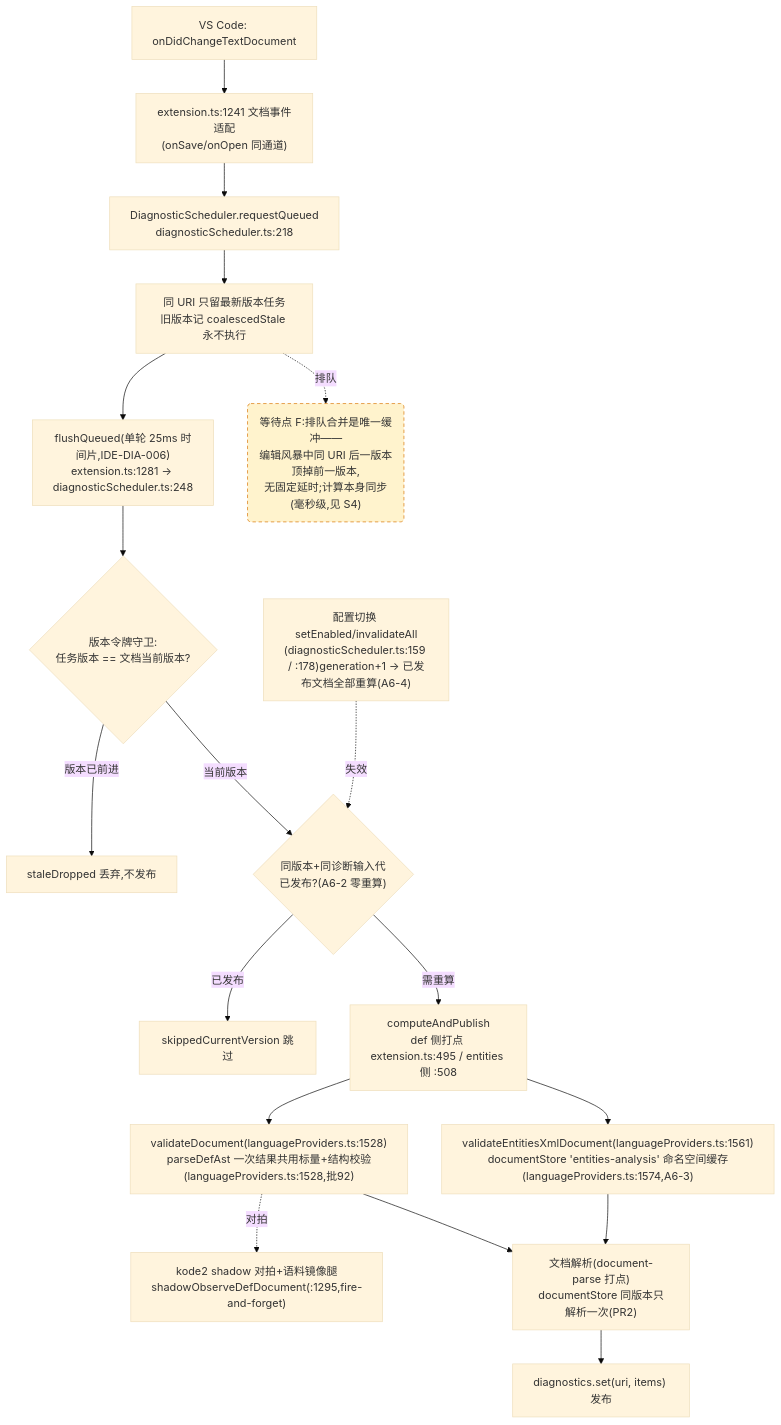
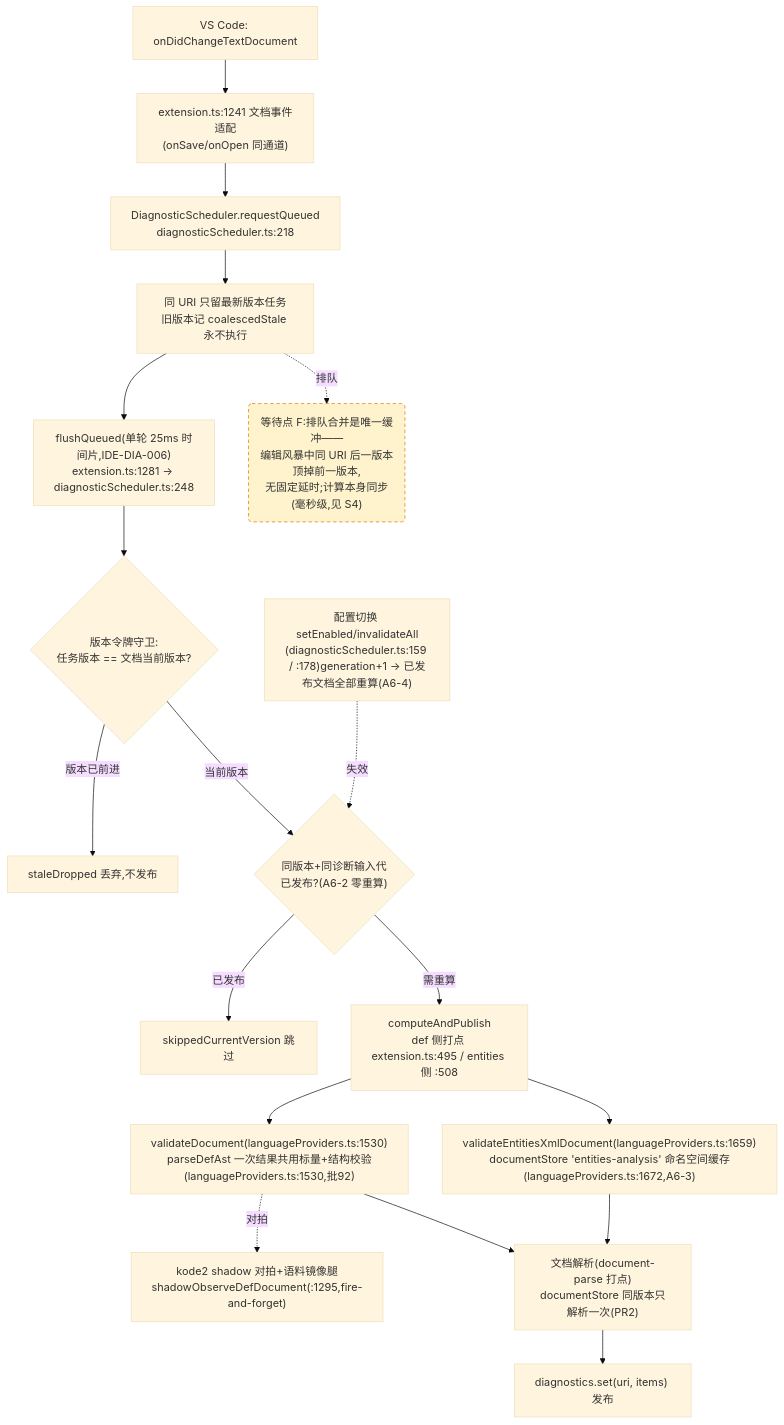
Before and after one commit to cuihairu/kode: the fourth of 4 diagrams in docs/perf/2026-baseline.md, drawn with Mermaid (base theme). The commit also changed other lines of this file and 4 other files, not shown here.

````diff
--- a/docs/perf/2026-baseline.md
+++ b/docs/perf/2026-baseline.md
@@ -214,38 +214,38 @@
 ```mermaid
 flowchart TD
   CHG["VS Code: onDidChangeTextDocument"]
   WATCH["extension.ts:1241 文档事件适配<br/>(onSave/onOpen 同通道)"]
   RQ["DiagnosticScheduler.requestQueued<br/>diagnosticScheduler.ts:218"]
   CO["同 URI 只留最新版本任务<br/>旧版本记 coalescedStale 永不执行"]
   FL["flushQueued(单轮 25ms 时间片,IDE-DIA-006)<br/>extension.ts:1281 → diagnosticScheduler.ts:248"]
   VG{"版本令牌守卫:<br/>任务版本 == 文档当前版本?"}
   DROP["staleDropped 丢弃,不发布"]
   GEN{"同版本+同诊断输入代<br/>已发布?(A6-2 零重算)"}
   SKIP["skippedCurrentVersion 跳过"]
   CALC["computeAndPublish<br/>def 侧打点 extension.ts:495 / entities 侧 :508"]
-  VD["validateDocument(languageProviders.ts:1528)<br/>parseDefAst 一次结果共用标量+结构校验(languageProviders.ts:1528,批92)"]
-  VEX["validateEntitiesXmlDocument(languageProviders.ts:1561)<br/>documentStore 'entities-analysis' 命名空间缓存(languageProviders.ts:1574,A6-3)"]
+  VD["validateDocument(languageProviders.ts:1530)<br/>parseDefAst 一次结果共用标量+结构校验(languageProviders.ts:1530,批92)"]
+  VEX["validateEntitiesXmlDocument(languageProviders.ts:1659)<br/>documentStore 'entities-analysis' 命名空间缓存(languageProviders.ts:1672,A6-3)"]
   SHDD["kode2 shadow 对拍+语料镜像腿<br/>shadowObserveDefDocument(:1295,fire-and-forget)"]
   DS["文档解析(document-parse 打点)<br/>documentStore 同版本只解析一次(PR2)"]
   PUB["diagnostics.set(uri, items) 发布"]
   CFG2["配置切换 setEnabled/invalidateAll<br/>(diagnosticScheduler.ts:159 / :178)generation+1 → 已发布文档全部重算(A6-4)"]
 
   CHG --> WATCH --> RQ --> CO --> FL --> VG
   VG -- "版本已前进" --> DROP
   VG -- "当前版本" --> GEN
   GEN -- "已发布" --> SKIP
   GEN -- "需重算" --> CALC
   CALC --> VD
   CALC --> VEX
   VD --> DS
   VEX --> DS
   DS --> PUB
   VD -.->|对拍| SHDD
   CFG2 -.->|失效| GEN
 
   WAITF("等待点 F:排队合并是唯一缓冲——<br/>编辑风暴中同 URI 后一版本顶掉前一版本,<br/>无固定延时;计算本身同步(毫秒级,见 S4)")
   CO -.->|排队| WAITF
 
   classDef waitPoint fill:#fff3cd,stroke:#d97706,stroke-dasharray:5 4;
   class WAITF waitPoint;
 ```
````
